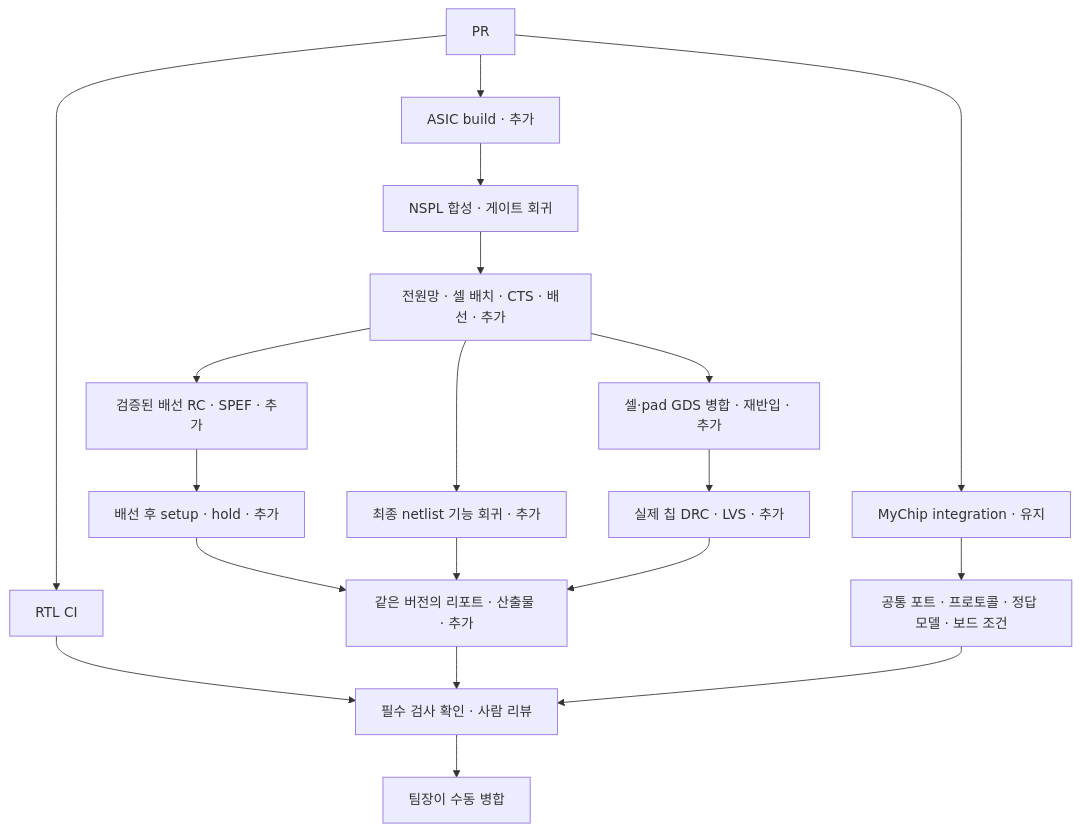
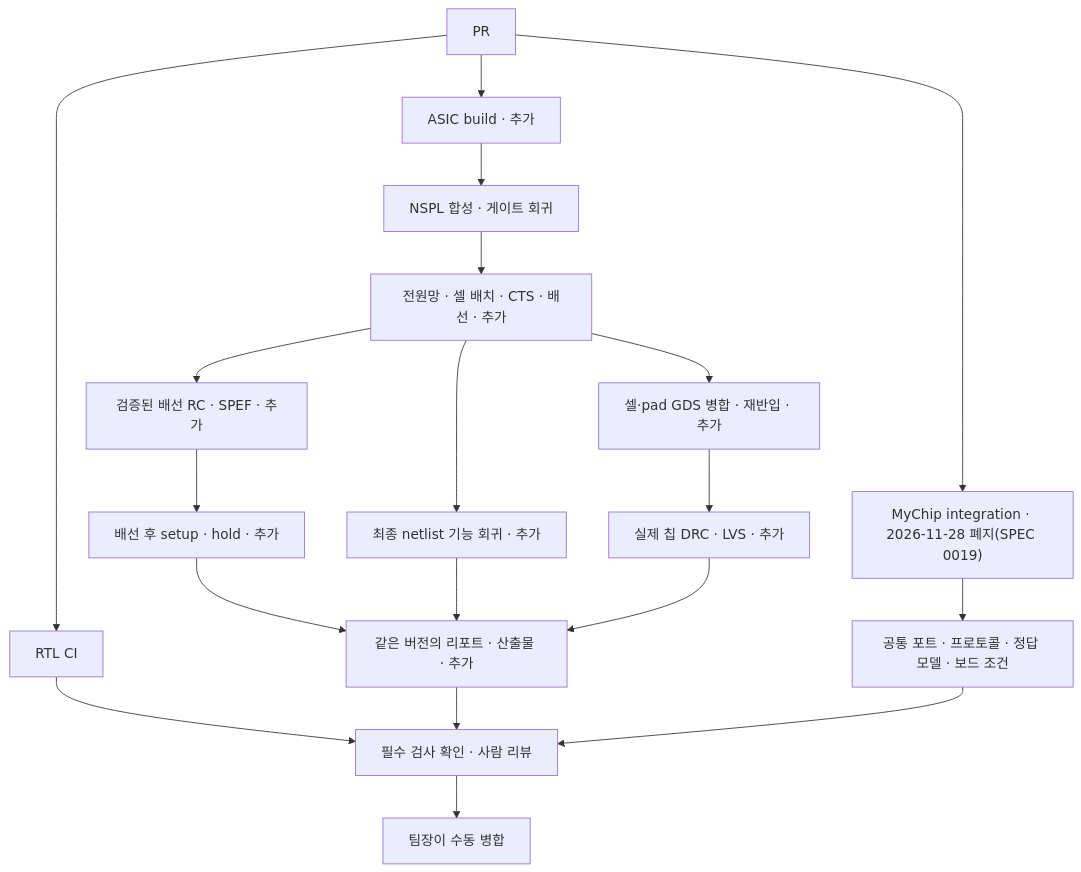
One commit to SNU-SSC-Lab/circuit-team-05 changed the second of 2 diagrams in docs/specs/0017-rtl-to-gds.md. Above: the diagram before and after it, drawn with Mermaid. The commit also changed other lines of this file and 7 other files, not shown here.

Commit message:
ci: retire MyChip integration call after going public

````diff
--- a/docs/specs/0017-rtl-to-gds.md
+++ b/docs/specs/0017-rtl-to-gds.md
@@ -143,21 +143,21 @@
 ```mermaid
 flowchart TD
     PR["PR"] --> RTL["RTL CI"]
     PR --> ASIC["ASIC build · 추가"]
     ASIC --> SYN["NSPL 합성 · 게이트 회귀"]
     SYN --> PNR["전원망 · 셀 배치 · CTS · 배선 · 추가"]
     PNR --> GDS["셀·pad GDS 병합 · 재반입 · 추가"]
     PNR --> RC["검증된 배선 RC · SPEF · 추가"]
     RC --> STA["배선 후 setup · hold · 추가"]
     PNR --> GATE["최종 netlist 기능 회귀 · 추가"]
     GDS --> PHY["실제 칩 DRC · LVS · 추가"]
     STA --> REPORT["같은 버전의 리포트 · 산출물 · 추가"]
     GATE --> REPORT
     PHY --> REPORT
-    PR --> INT["MyChip integration · 유지"]
+    PR --> INT["MyChip integration · 2026-11-28 폐지(SPEC 0019)"]
     INT --> CONTRACT["공통 포트 · 프로토콜 · 정답 모델 · 보드 조건"]
     RTL --> REVIEW["필수 검사 확인 · 사람 리뷰"]
     REPORT --> REVIEW
     CONTRACT --> REVIEW
     REVIEW --> MERGE["팀장이 수동 병합"]
 ```
````
